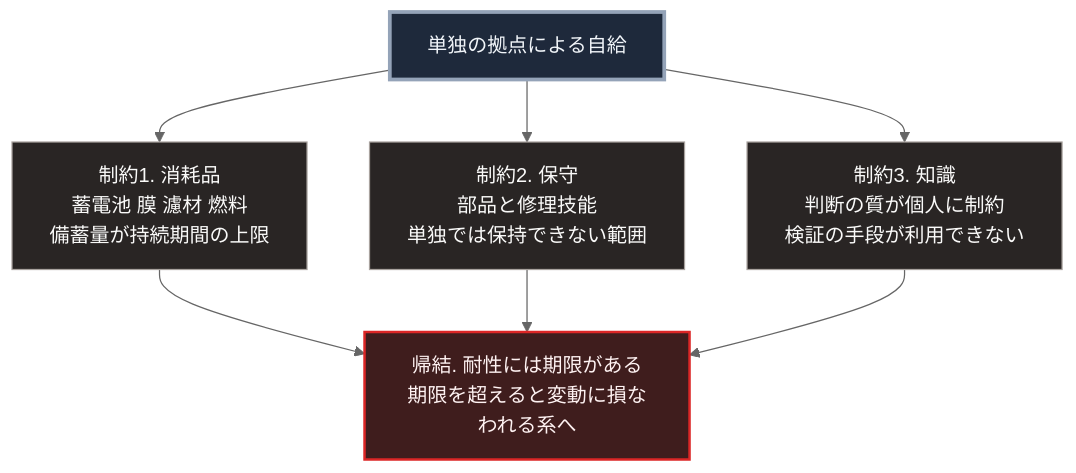
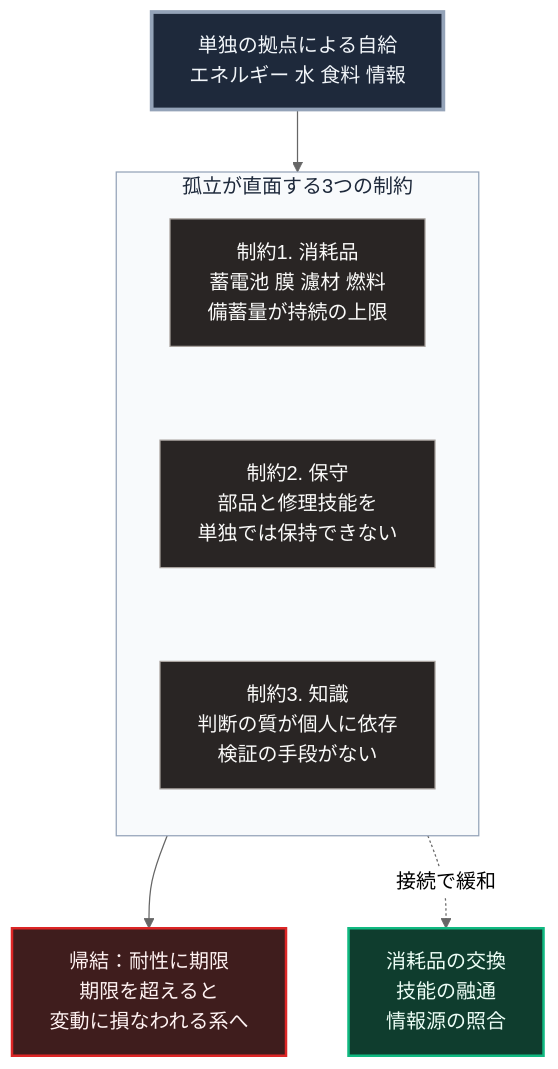
One commit to Takenori-Kusaka/zenn-content changed the diagram in books/sovereign-resilience-blueprint/47_standalone-prepping-vulnerability.md. Above: the diagram before and after it, drawn with Mermaid (neutral theme). The commit also changed other lines of this file and 114 other files, not shown here.

````diff
--- a/books/sovereign-resilience-blueprint/47_standalone-prepping-vulnerability.md
+++ b/books/sovereign-resilience-blueprint/47_standalone-prepping-vulnerability.md
@@ -57,16 +57,20 @@
 ```mermaid
 flowchart TD
-    S[単独の拠点による自給]
-    S --> C1[制約1. 消耗品<br>蓄電池 膜 濾材 燃料<br>備蓄量が持続期間の上限]
-    S --> C2[制約2. 保守<br>部品と修理技能<br>単独では保持できない範囲]
-    S --> C3[制約3. 知識<br>判断の質が個人に制約<br>検証の手段が利用できない]
-    C1 --> R[帰結. 耐性には期限がある<br>期限を超えると変動に損なわれる系へ]
-    C2 --> R
-    C3 --> R
+    S[単独の拠点による自給<br>エネルギー 水 食料 情報]
+    S --> G1
+    subgraph G1[孤立が直面する3つの制約]
+        direction TB
+        C1[制約1. 消耗品<br>蓄電池 膜 濾材 燃料<br>備蓄量が持続の上限] ~~~ C2[制約2. 保守<br>部品と修理技能を<br>単独では保持できない]
+        C2 ~~~ C3[制約3. 知識<br>判断の質が個人に依存<br>検証の手段がない]
+    end
+    G1 --> R[帰結：耐性に期限<br>期限を超えると<br>変動に損なわれる系へ]
+    G1 -.->|接続で緩和| E[消耗品の交換<br>技能の融通<br>情報源の照合]
 
     style S fill:#1e293b,stroke:#94a3b8,stroke-width:3px,color:#f1f5f9
     style C1 fill:#292524,stroke:#a8a29e,color:#fafaf9
     style C2 fill:#292524,stroke:#a8a29e,color:#fafaf9
     style C3 fill:#292524,stroke:#a8a29e,color:#fafaf9
     style R fill:#3f1d1d,stroke:#dc2626,stroke-width:2px,color:#fef2f2
+    style E fill:#0f3d2e,stroke:#10b981,stroke-width:2px,color:#ecfdf5
+    style G1 fill:#f8fafc,stroke:#94a3b8,color:#1e293b
 ```
````
